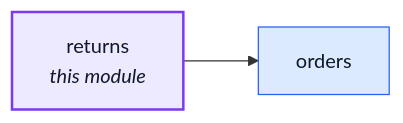
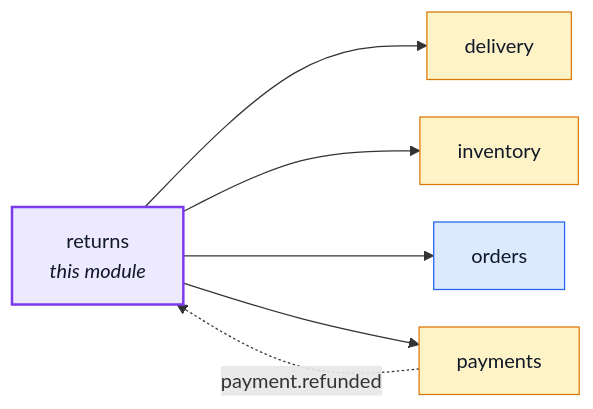
One commit to Guebbit/boilerplate-node-backend changed the first of 4 diagrams in docs/modules/returns.md. Above: the diagram before and after it, drawn with Mermaid. The commit also changed other lines of this file and 55 other files, not shown here.

````diff
--- a/docs/modules/returns.md
+++ b/docs/modules/returns.md
@@ -19,15 +21,23 @@
 ```mermaid
 %%{init: {'flowchart': {'nodeSpacing': 30, 'rankSpacing': 60}}}%%
 flowchart LR
     returns["returns<br/><i>this module</i>"]
+    delivery["delivery"]
+    inventory["inventory"]
     orders["orders"]
+    payments["payments"]
 
+    returns --> delivery
+    returns --> inventory
     returns --> orders
+    returns --> payments
+    payments -. "payment.refunded" .-> returns
 
     classDef core fill:#dbeafe,stroke:#2563eb,color:#111827;
     classDef supporting fill:#fef3c7,stroke:#d97706,color:#111827;
     classDef generic fill:#dcfce7,stroke:#16a34a,color:#111827;
     classDef centre fill:#ede9fe,stroke:#7c3aed,stroke-width:2px,color:#111827;
     class orders core;
+    class delivery,inventory,payments supporting;
     class returns centre;
 ```
````
